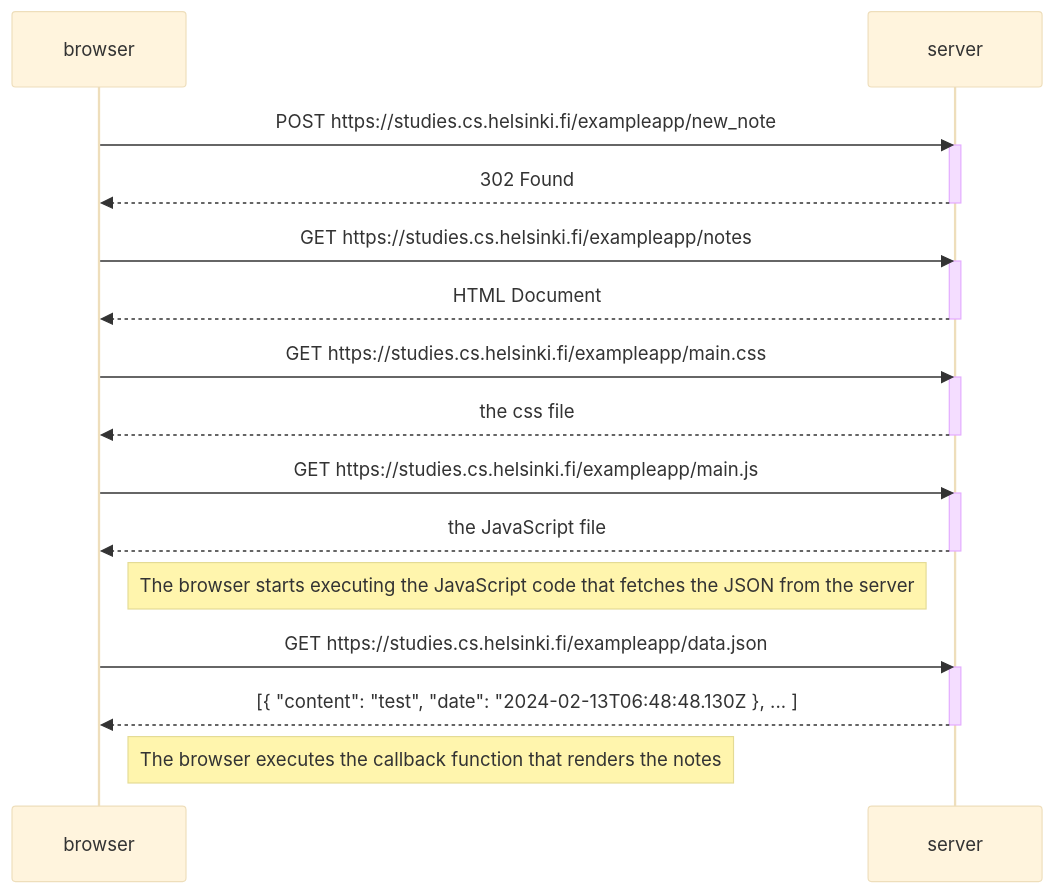
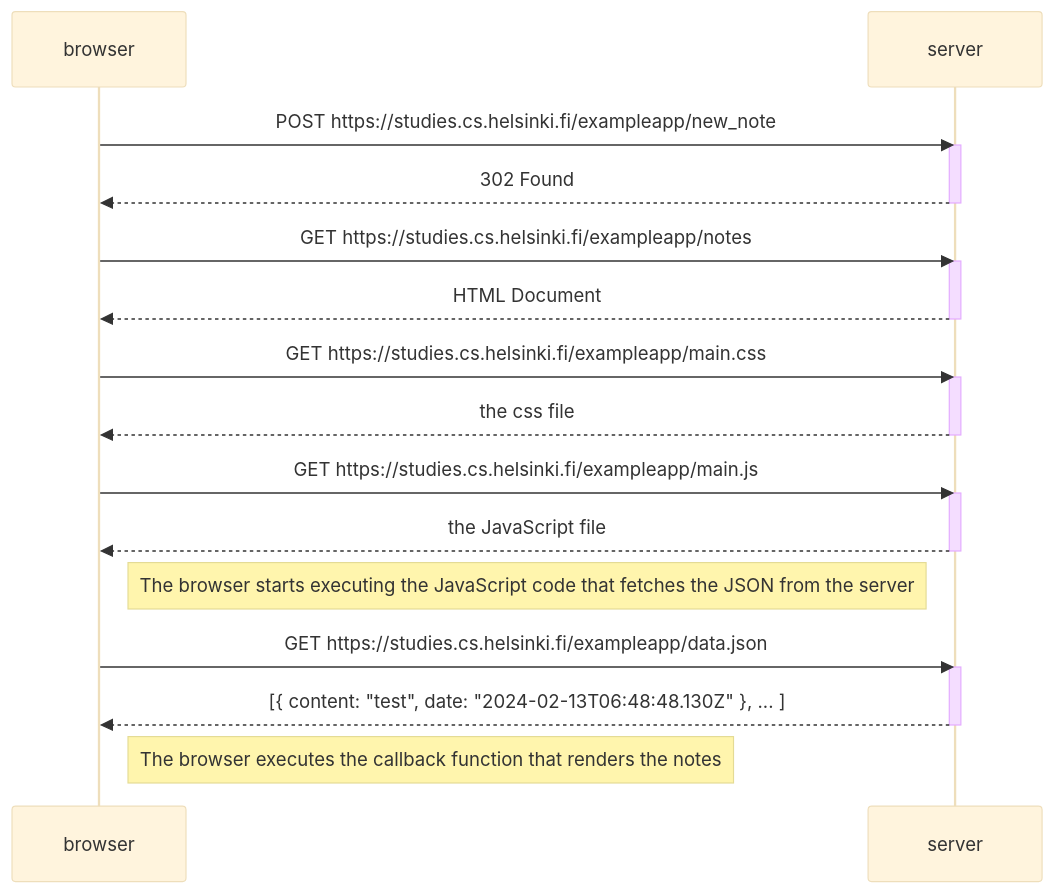
One commit to nikovanttila/full_stack_open changed the first of 3 diagrams in part0/README.md. Above: the diagram before and after it, drawn with Mermaid (base theme). The commit also changed other lines of this file, not shown here.

````diff
--- a/part0/README.md
+++ b/part0/README.md
@@ -3,34 +5,34 @@
 ```mermaid
    sequenceDiagram
     participant browser
     participant server
 
     browser->>server: POST https://studies.cs.helsinki.fi/exampleapp/new_note
     activate server
     server-->>browser: 302 Found
     deactivate server
 
     browser->>server: GET https://studies.cs.helsinki.fi/exampleapp/notes
     activate server
     server-->>browser: HTML Document
     deactivate server
 
     browser->>server: GET https://studies.cs.helsinki.fi/exampleapp/main.css
     activate server
     server-->>browser: the css file
     deactivate server
 
     browser->>server: GET https://studies.cs.helsinki.fi/exampleapp/main.js
     activate server
     server-->>browser: the JavaScript file
     deactivate server
 
     Note right of browser: The browser starts executing the JavaScript code that fetches the JSON from the server
 
     browser->>server: GET https://studies.cs.helsinki.fi/exampleapp/data.json
     activate server
-    server-->>browser: [{ "content": "test", "date": "2024-02-13T06:48:48.130Z }, ... ]
+    server-->>browser: [{ content: "test", date: "2024-02-13T06:48:48.130Z" }, ... ]
     deactivate server
 
     Note right of browser: The browser executes the callback function that renders the notes
 ```
````
